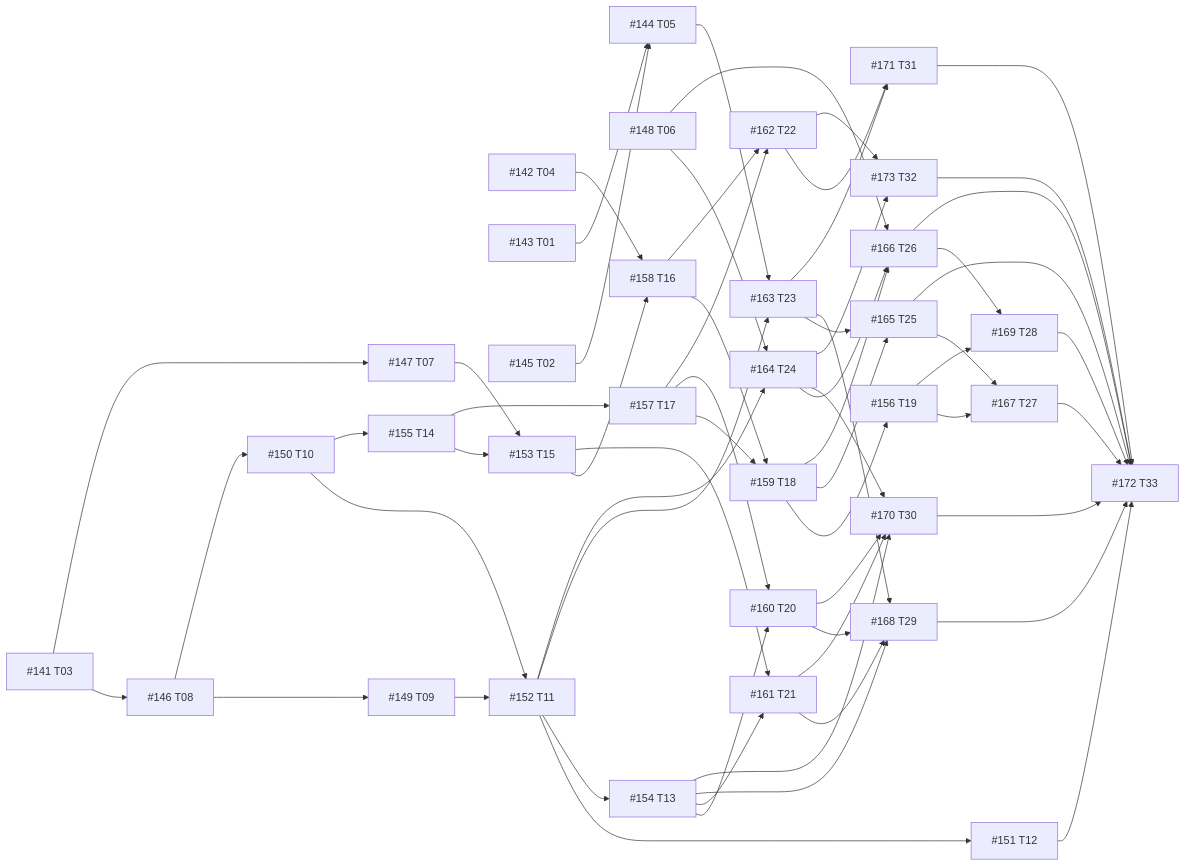
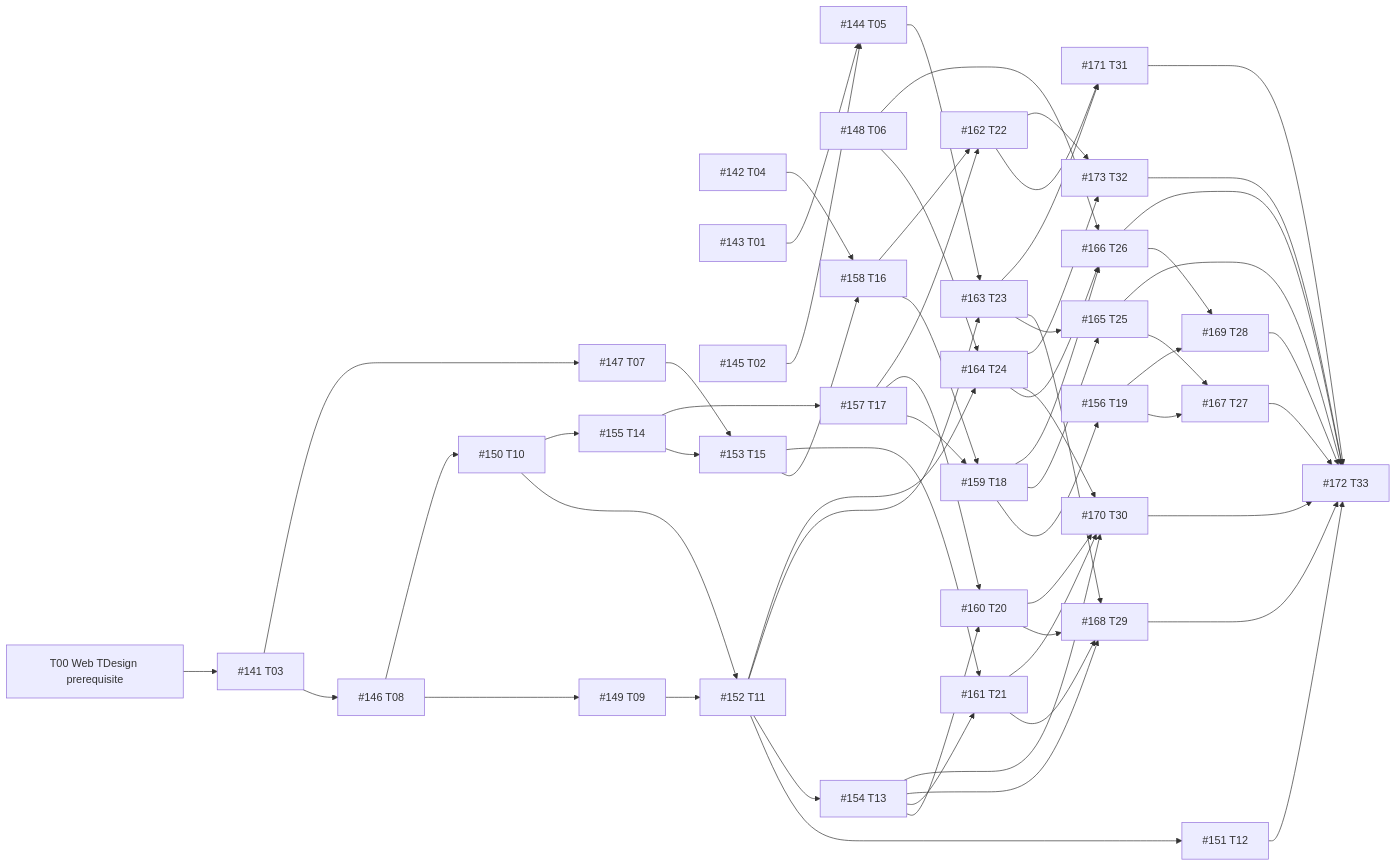
One commit to 1123786563/WeKnora-fork01 changed the diagram in docs/plans/issue-140/2026-09-24-issue-140-dag.md. Above: the diagram before and after it, drawn with Mermaid. The commit also changed other lines of this file, not shown here.

Commit message:
docs(career): record verified Web TDesign prerequisite

````diff
--- a/docs/plans/issue-140/2026-09-24-issue-140-dag.md
+++ b/docs/plans/issue-140/2026-09-24-issue-140-dag.md
@@ -16,5 +16,6 @@
 ```mermaid
 graph LR
+  n00["T00 Web TDesign prerequisite"]
   n141["#141 T03"]
   n142["#142 T04"]
   n143["#143 T01"]
@@ -48,6 +49,7 @@
   n171["#171 T31"]
   n172["#172 T33"]
   n173["#173 T32"]
+  n00 --> n141
   n143 --> n144
   n145 --> n144
   n141 --> n146
````
